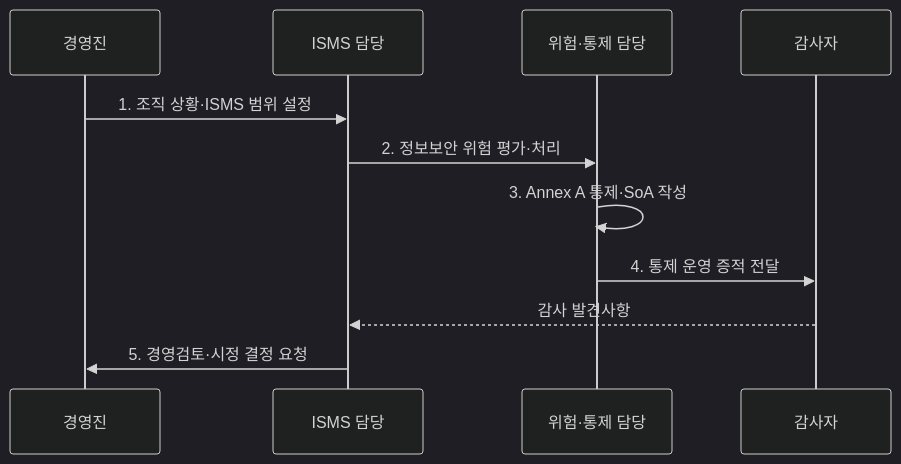
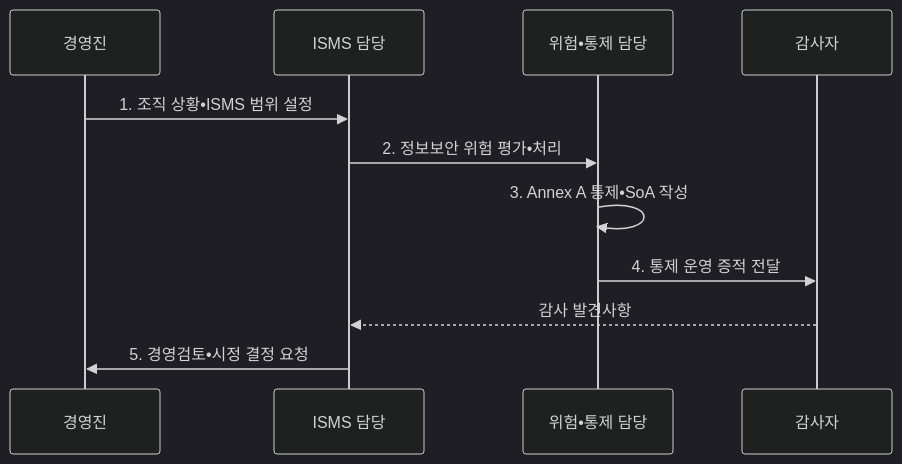
The second of 2 diagrams in src/content/docs/notes/05-security/105_iso_27001.md (agnusdei1207/knowledge-base), drawn with Mermaid (dark theme) before and after one commit. The commit also changed other lines of this file and 953 other files, not shown here.

````diff
--- a/src/content/docs/notes/05-security/105_iso_27001.md
+++ b/src/content/docs/notes/05-security/105_iso_27001.md
@@ -99,13 +99,13 @@
 ```mermaid
 sequenceDiagram
   participant M as 경영진
   participant I as ISMS 담당
-  participant C as 위험·통제 담당
+  participant C as 위험•통제 담당
   participant A as 감사자
-  M->>I: 1. 조직 상황·ISMS 범위 설정
-  I->>C: 2. 정보보안 위험 평가·처리
-  C->>C: 3. Annex A 통제·SoA 작성
+  M->>I: 1. 조직 상황•ISMS 범위 설정
+  I->>C: 2. 정보보안 위험 평가•처리
+  C->>C: 3. Annex A 통제•SoA 작성
   C->>A: 4. 통제 운영 증적 전달
   A-->>I: 감사 발견사항
-  I->>M: 5. 경영검토·시정 결정 요청
+  I->>M: 5. 경영검토•시정 결정 요청
 ```
````
